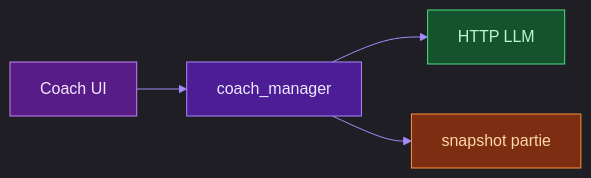
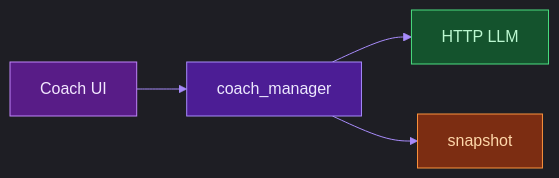
Before and after one commit to AlfredKrutina/chess_esp32_c6_devkit: the fifth of 5 diagrams in docs/flutter/README.md, drawn with Mermaid. The commit also changed other lines of this file and 19 other files, not shown here.

````diff
--- a/docs/flutter/README.md
+++ b/docs/flutter/README.md
@@ -136,11 +148,11 @@
 ```mermaid
 %%{init: {'theme':'dark','themeVariables':{'lineColor':'#a78bfa','primaryTextColor':'#f1f5f9'}}}%%
 flowchart LR
   UI[Coach UI]:::u --> CM[coach_manager]:::r
   CM --> LLM[HTTP LLM]:::s
-  CM --> SN[snapshot partie]:::x
+  CM --> SN[snapshot]:::x
   classDef u fill:#581c87,stroke:#c084fc,color:#f3e8ff
   classDef r fill:#4c1d95,stroke:#a78bfa,color:#ede9fe
   classDef s fill:#14532d,stroke:#4ade80,color:#bbf7d0
   classDef x fill:#7c2d12,stroke:#fb923c,color:#fed7aa
 ```
````
